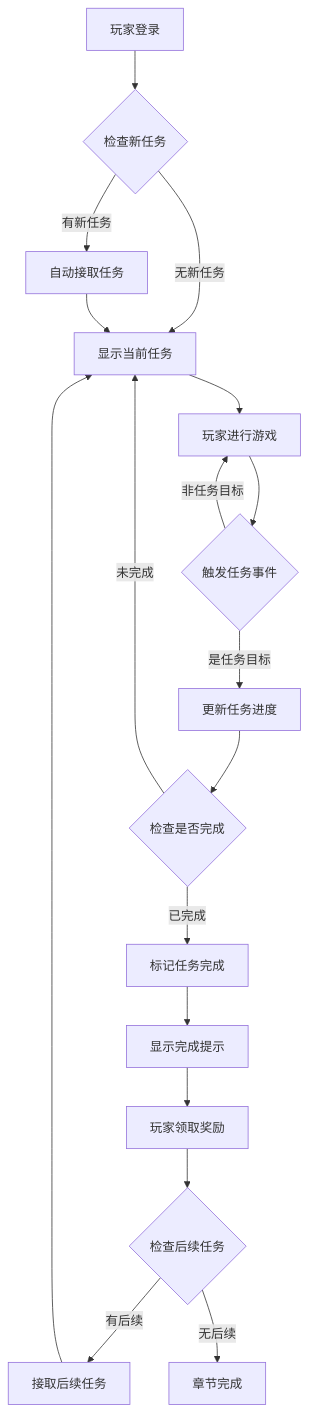
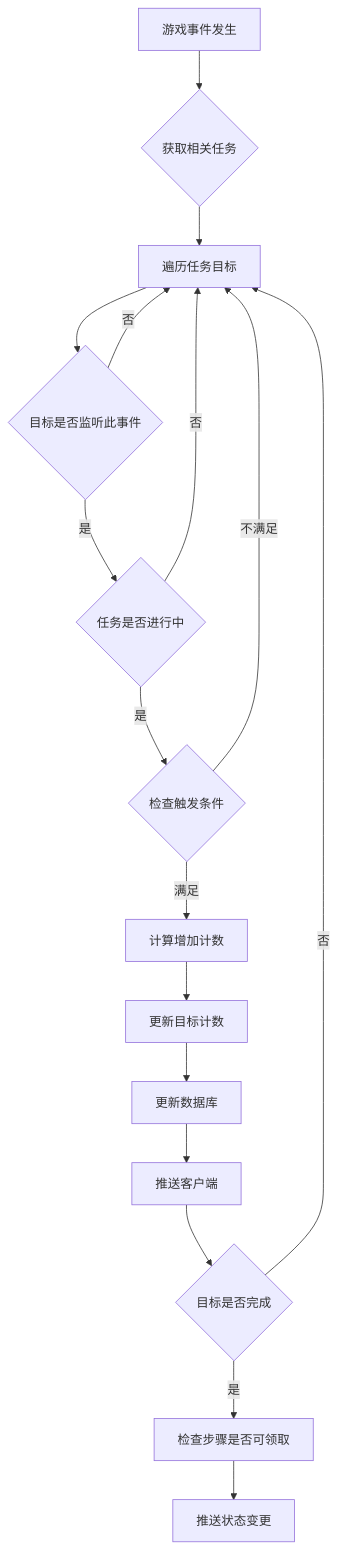
Before and after one commit to Alan-Ben/k2c_game_framework: the fifth of 10 diagrams in docs/Module_Quest/05_完整说明.md, drawn with Mermaid. The commit also changed other lines of this file and 75 other files, not shown here.

````diff
--- a/docs/Module_Quest/05_完整说明.md
+++ b/docs/Module_Quest/05_完整说明.md
@@ -76,20 +254,21 @@
 ```mermaid
 flowchart TD
-    A[玩家登录] --> B{检查新任务}
-    B -->|有新任务| C[自动接取任务]
-    B -->|无新任务| D[显示当前任务]
-    C --> D
-    D --> E[玩家进行游戏]
-    E --> F{触发任务事件}
-    F -->|是任务目标| G[更新任务进度]
-    F -->|非任务目标| E
-    G --> H{检查是否完成}
-    H -->|未完成| D
-    H -->|已完成| I[标记任务完成]
-    I --> J[显示完成提示]
-    J --> K[玩家领取奖励]
-    K --> L{检查后续任务}
-    L -->|有后续| M[接取后续任务]
-    L -->|无后续| N[章节完成]
-    M --> D
+    A[游戏事件发生] --> B{获取相关任务}
+    B --> C[遍历任务目标]
+    C --> D{目标是否监听此事件}
+    D -->|否| C
+    D -->|是| E{任务是否进行中}
+    E -->|否| C
+    E -->|是| F{检查触发条件}
+
+    F -->|不满足| C
+    F -->|满足| G[计算增加计数]
+    G --> H[更新目标计数]
+    H --> I[更新数据库]
+    I --> J[推送客户端]
+
+    J --> K{目标是否完成}
+    K -->|否| C
+    K -->|是| L[检查步骤是否可领取]
+    L --> M[推送状态变更]
 ```
````
